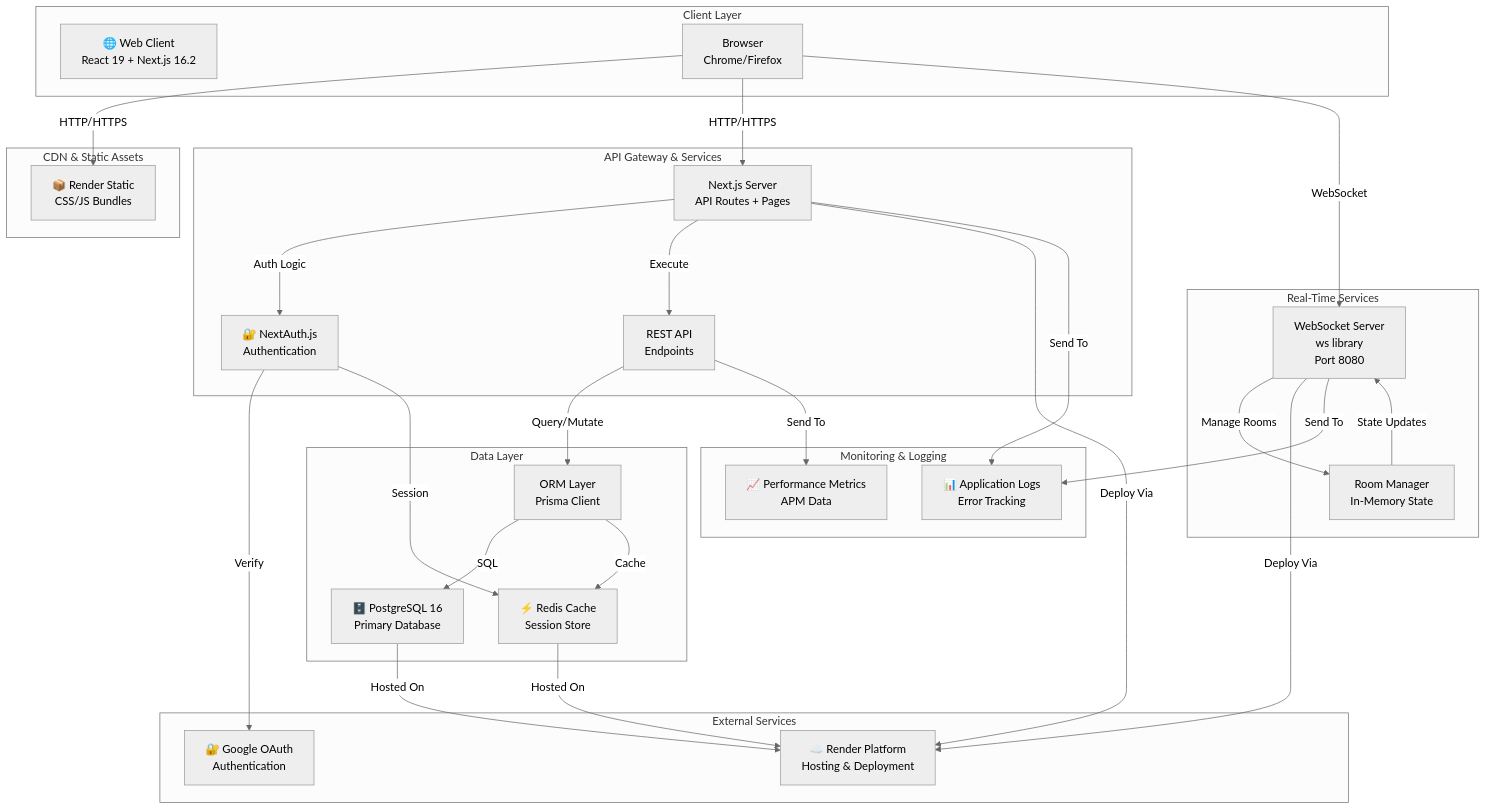
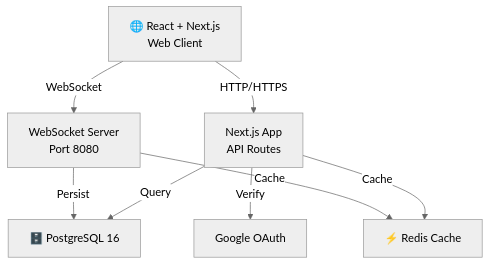
One commit to ByteForge24/TypeFast changed the first of 3 diagrams in README.md. Above: the diagram before and after it, drawn with Mermaid (neutral theme). The commit also changed other lines of this file, not shown here.

Commit message:
refactor: simplify README - reduce diagrams to 3 essential ones, condense verbose sections

````diff
--- a/README.md
+++ b/README.md
@@ -40,64 +40,17 @@
 ```mermaid
 graph TB
-    subgraph "Client Layer"
-        WEB["🌐 Web Client<br/>React 19 + Next.js 16.2"]
-        BROWSER["Browser<br/>Chrome/Firefox"]
-    end
+    WEB["🌐 React + Next.js<br/>Web Client"]
+    NEXT["Next.js App<br/>API Routes"]
+    WS["WebSocket Server<br/>Port 8080"]
+    PG["🗄️ PostgreSQL 16"]
+    REDIS["⚡ Redis Cache"]
+    GOOGLE["Google OAuth"]
 
-    subgraph "CDN & Static Assets"
-        CDN["📦 Render Static<br/>CSS/JS Bundles"]
-    end
-
-    subgraph "API Gateway & Services"
-        NEXT["Next.js Server<br/>API Routes + Pages"]
-        AUTH["🔐 NextAuth.js<br/>Authentication"]
-        API["REST API<br/>Endpoints"]
-    end
-
-    subgraph "Real-Time Services"
-        WS["WebSocket Server<br/>ws library<br/>Port 8080"]
-        WSCONN["Room Manager<br/>In-Memory State"]
-    end
-
-    subgraph "Data Layer"
-        PG["🗄️ PostgreSQL 16<br/>Primary Database"]
-        REDIS["⚡ Redis Cache<br/>Session Store"]
-        PRISMA["ORM Layer<br/>Prisma Client"]
-    end
-
-    subgraph "External Services"
-        GOOGLE["🔐 Google OAuth<br/>Authentication"]
-        RENDER["☁️ Render Platform<br/>Hosting & Deployment"]
-    end
-
-    subgraph "Monitoring & Logging"
-        LOGS["📊 Application Logs<br/>Error Tracking"]
-        METRICS["📈 Performance Metrics<br/>APM Data"]
-    end
-
-    BROWSER -->|HTTP/HTTPS| CDN
-    BROWSER -->|HTTP/HTTPS| NEXT
-    BROWSER -->|WebSocket| WS
-    
-    NEXT -->|Auth Logic| AUTH
-    NEXT -->|Execute| API
-    AUTH -->|Verify| GOOGLE
-    
-    WS -->|Manage Rooms| WSCONN
-    WSCONN -->|State Updates| WS
-    
-    API -->|Query/Mutate| PRISMA
-    AUTH -->|Session| REDIS
-    
-    PRISMA -->|SQL| PG
-    PRISMA -->|Cache| REDIS
-    
-    NEXT -->|Deploy Via| RENDER
-    WS -->|Deploy Via| RENDER
-    PG -->|Hosted On| RENDER
-    REDIS -->|Hosted On| RENDER
-    
-    NEXT -->|Send To| LOGS
-    WS -->|Send To| LOGS
-    API -->|Send To| METRICS
+    WEB -->|HTTP/HTTPS| NEXT
+    WEB -->|WebSocket| WS
+    NEXT -->|Query| PG
+    NEXT -->|Cache| REDIS
+    NEXT -->|Verify| GOOGLE
+    WS -->|Persist| PG
+    WS -->|Cache| REDIS
 ```
````
